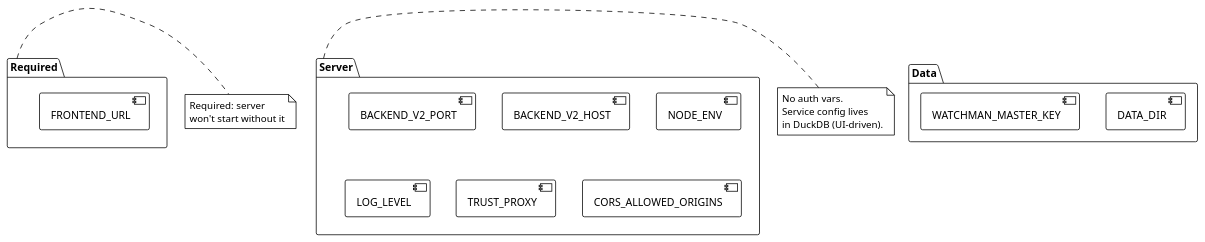
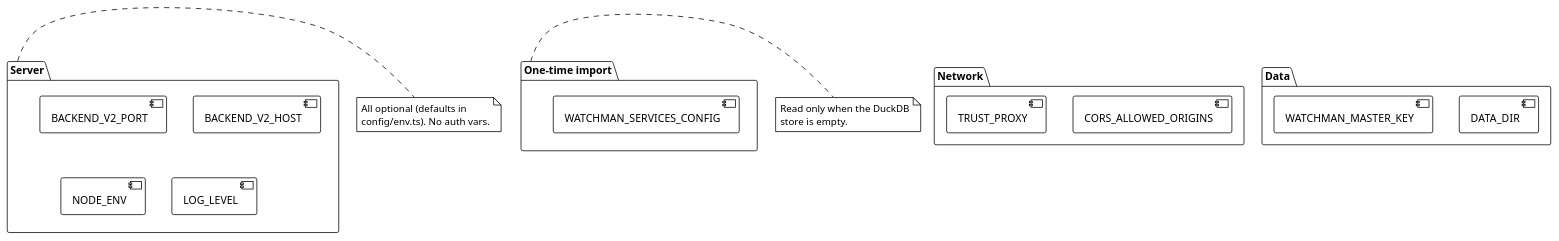
One commit to EraPartner/Watchman changed the first of 2 diagrams in docs/reference/environment-variables.md. Above: the diagram before and after it, drawn with PlantUML. The commit also changed other lines of this file and 32 other files, not shown here.

````diff
--- a/docs/reference/environment-variables.md
+++ b/docs/reference/environment-variables.md
@@ -124,34 +119,36 @@
 ```plantuml
 @startuml
 !theme plain
-
-package "Required" as Req {
-    [FRONTEND_URL]
-}
 
 package "Server" as Srv {
     [BACKEND_V2_PORT]
     [BACKEND_V2_HOST]
     [NODE_ENV]
     [LOG_LEVEL]
+}
+
+package "Network" as Net {
+    [CORS_ALLOWED_ORIGINS]
     [TRUST_PROXY]
-    [CORS_ALLOWED_ORIGINS]
 }
 
 package "Data" as Data {
     [DATA_DIR]
     [WATCHMAN_MASTER_KEY]
 }
 
-note right of Req
-  Required: server
-  won't start without it
+package "One-time import" as Imp {
+    [WATCHMAN_SERVICES_CONFIG]
+}
+
+note right of Srv
+  All optional (defaults in
+  config/env.ts). No auth vars.
 end note
 
-note right of Srv
-  No auth vars.
-  Service config lives
-  in DuckDB (UI-driven).
+note right of Imp
+  Read only when the DuckDB
+  store is empty.
 end note
 @enduml
 ```
````
